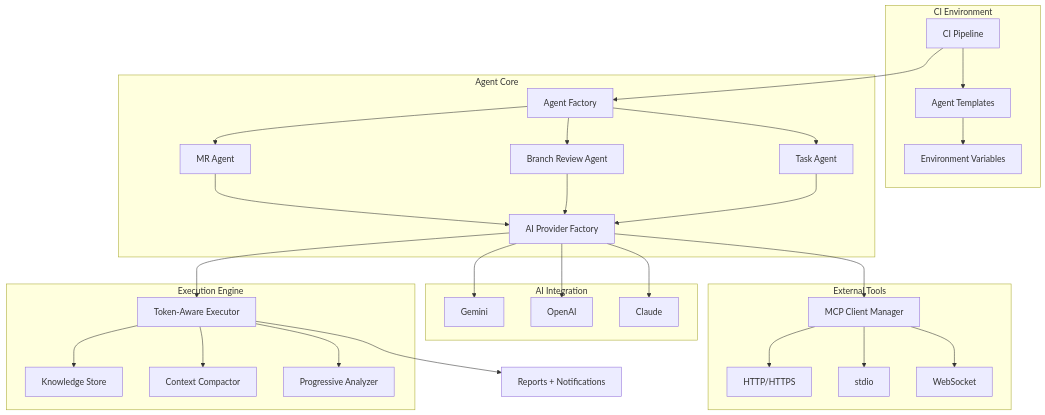
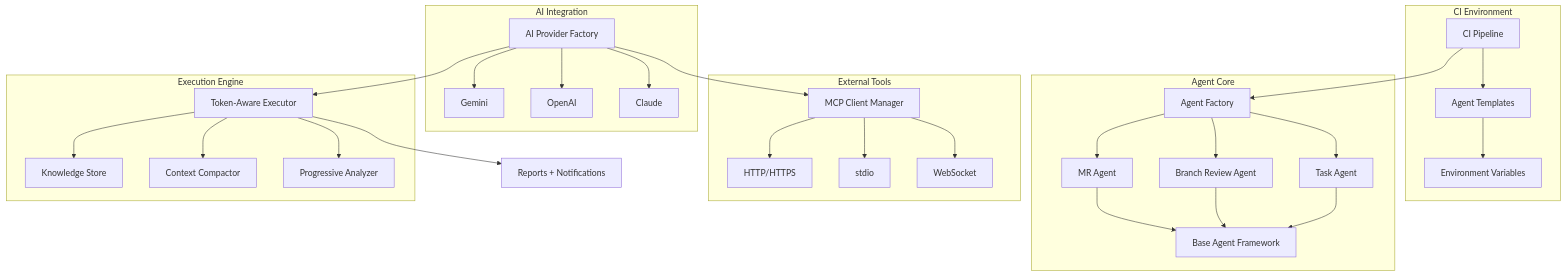
Before and after one commit to waynesun09/cicaddy: the diagram in docs/architecture.md, drawn with Mermaid. The commit also changed 1 other file, not shown here.

Commit message:
fix: address PR review - mermaid node collision and Claude token limits
- Fix duplicate node ID H in architecture.md mermaid diagram
- Revert Claude 4 defaults to 200K input (1M requires beta header)
- Keep Claude 4 output limits at 65K per model

````diff
--- a/docs/architecture.md
+++ b/docs/architecture.md
@@ -7,39 +7,39 @@
 ```mermaid
 graph TB
     subgraph "CI Environment"
         A[CI Pipeline] --> B[Agent Templates]
         B --> C[Environment Variables]
     end
 
     subgraph "Agent Core"
         D[Agent Factory] --> E[MR Agent]
         D --> F[Branch Review Agent]
         D --> G[Task Agent]
         E --> H[Base Agent Framework]
         F --> H
         G --> H
     end
 
     subgraph "AI Integration"
-        H[AI Provider Factory] --> I[Gemini]
-        H --> J[OpenAI]
-        H --> M[Claude]
+        K[AI Provider Factory] --> I[Gemini]
+        K --> J[OpenAI]
+        K --> M[Claude]
     end
 
     subgraph "External Tools"
         N[MCP Client Manager] --> O[HTTP/HTTPS]
         N --> P[stdio]
         N --> Q[WebSocket]
     end
 
     subgraph "Execution Engine"
         T[Token-Aware Executor] --> U[Knowledge Store]
         T --> V[Context Compactor]
         T --> W[Progressive Analyzer]
     end
 
     A --> D
-    H --> N
-    H --> T
+    K --> N
+    K --> T
     T --> R[Reports + Notifications]
 ```
````
